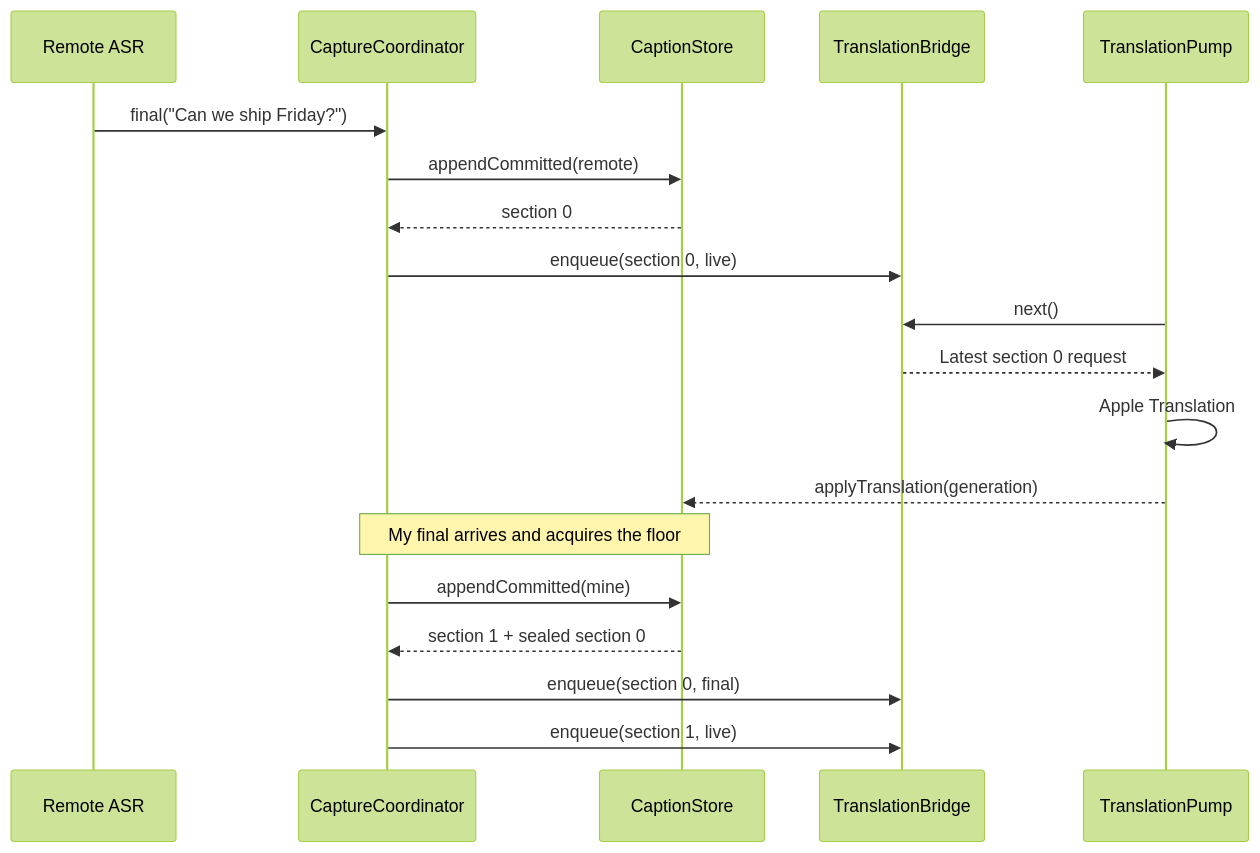
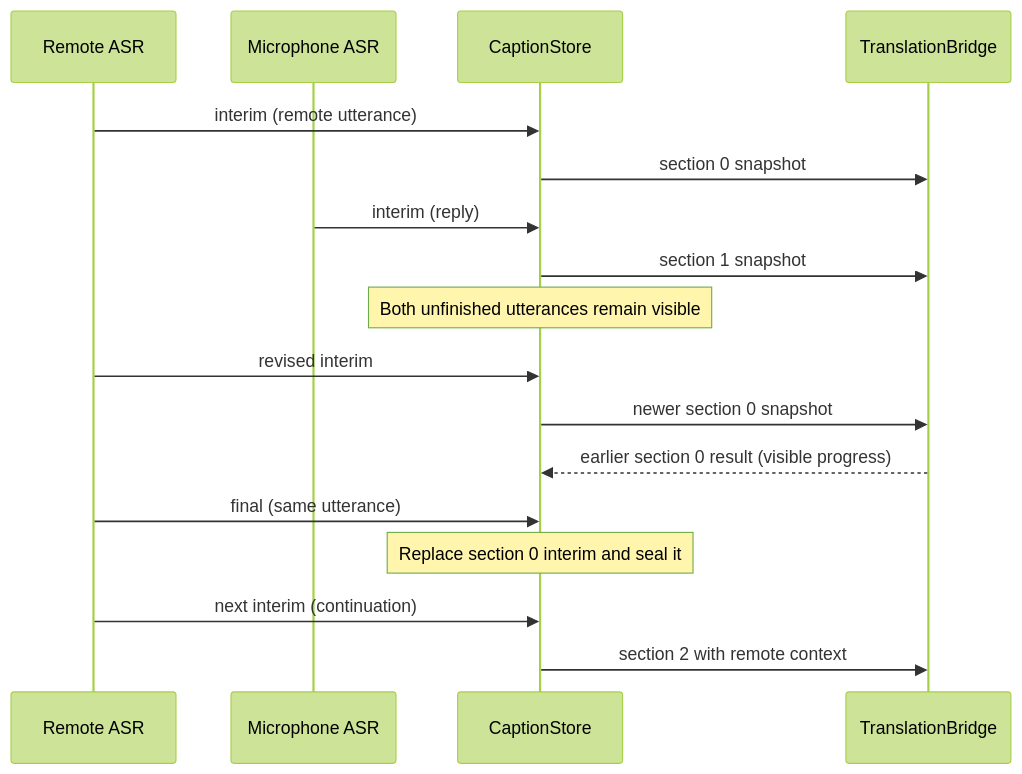
One commit to zjhch123/SameWave changed the diagram in doc/02-live-captions-and-translation.md. Above: the diagram before and after it, drawn with Mermaid (forest theme). The commit also changed other lines of this file and 18 other files, not shown here.

First line of the commit message:
Fix overlapping live captions and translation progress

````diff
--- a/doc/02-live-captions-and-translation.md
+++ b/doc/02-live-captions-and-translation.md
@@ -189,21 +150,19 @@
 ```mermaid
 sequenceDiagram
-    participant RA as Remote ASR
-    participant C as CaptureCoordinator
+    participant R as Remote ASR
+    participant M as Microphone ASR
     participant S as CaptionStore
-    participant B as TranslationBridge
-    participant T as TranslationPump
-    RA->>C: final("Can we ship Friday?")
-    C->>S: appendCommitted(remote)
-    S-->>C: section 0
-    C->>B: enqueue(section 0, live)
-    T->>B: next()
-    B-->>T: Latest section 0 request
-    T->>T: Apple Translation
-    T-->>S: applyTranslation(generation)
-    Note over C,S: My final arrives and acquires the floor
-    C->>S: appendCommitted(mine)
-    S-->>C: section 1 + sealed section 0
-    C->>B: enqueue(section 0, final)
-    C->>B: enqueue(section 1, live)
+    participant T as TranslationBridge
+    R->>S: interim (remote utterance)
+    S->>T: section 0 snapshot
+    M->>S: interim (reply)
+    S->>T: section 1 snapshot
+    Note over S: Both unfinished utterances remain visible
+    R->>S: revised interim
+    S->>T: newer section 0 snapshot
+    T-->>S: earlier section 0 result (visible progress)
+    R->>S: final (same utterance)
+    Note over S: Replace section 0 interim and seal it
+    R->>S: next interim (continuation)
+    S->>T: section 2 with remote context
 ```
````
